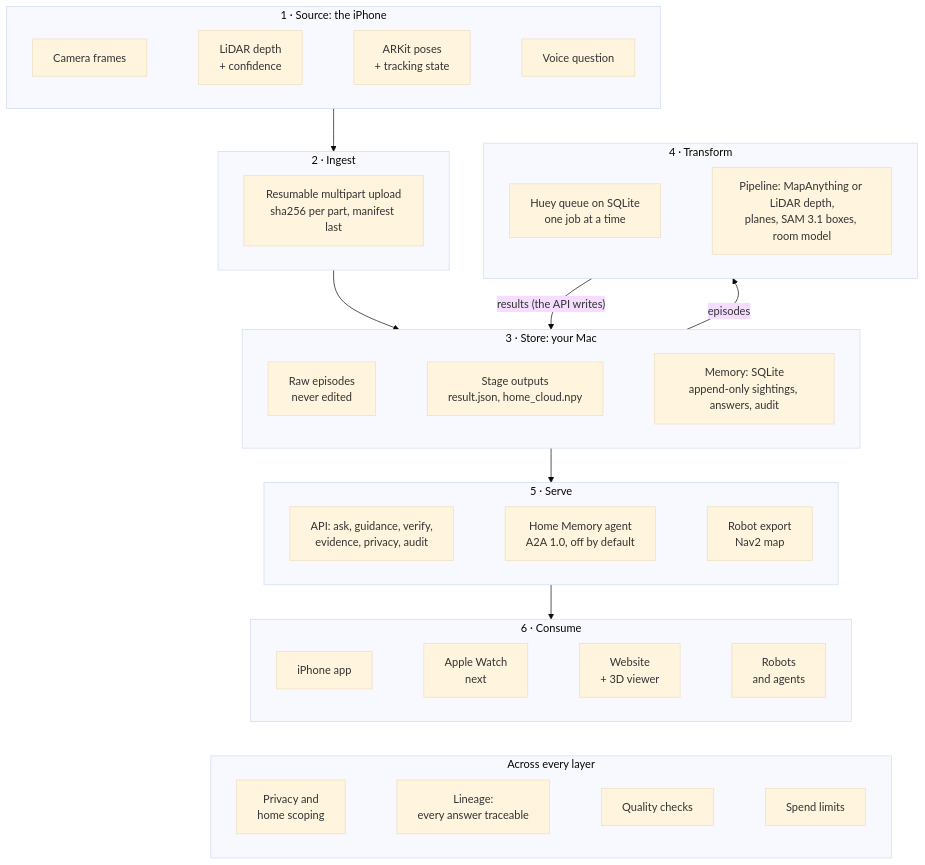
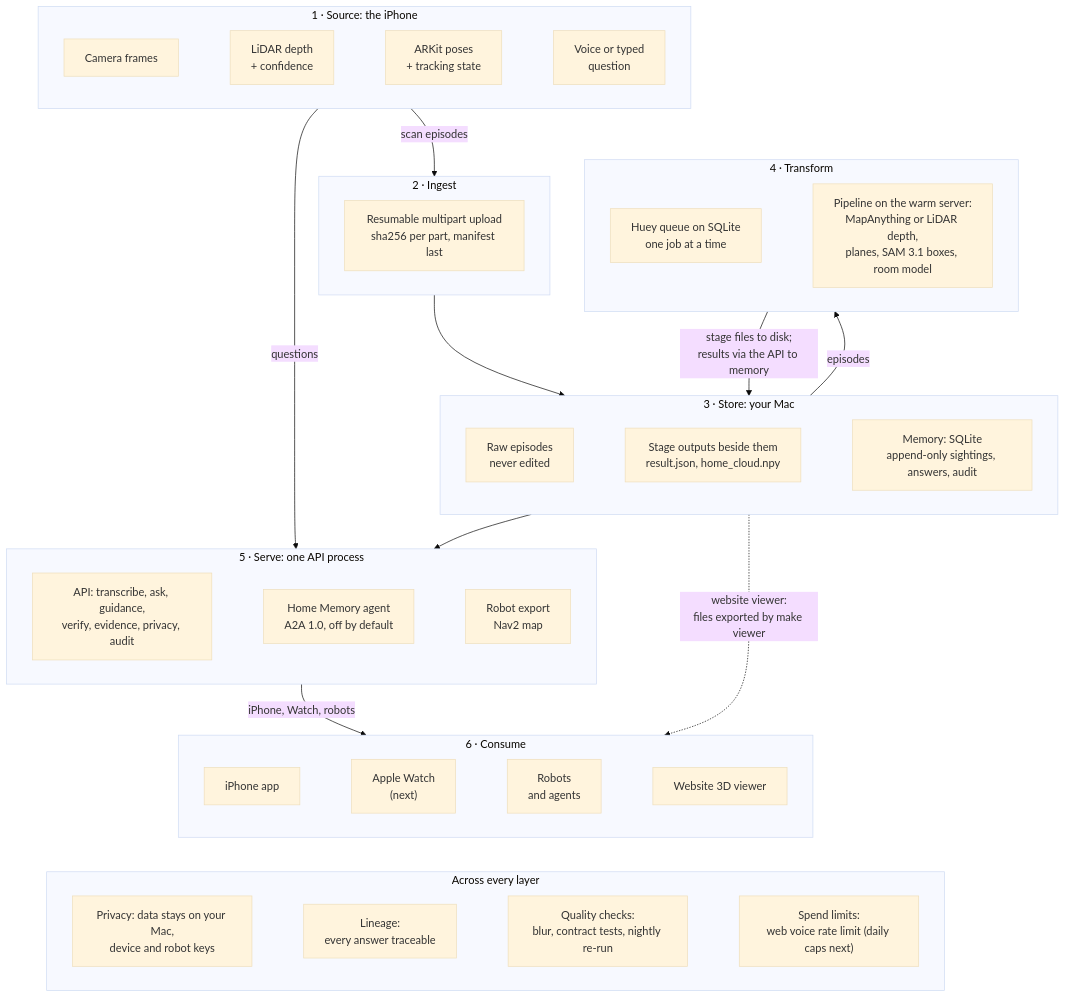
One commit to coder-RT/recall changed the diagram in docs/diagrams/six-layers.mmd. Above: the diagram before and after it, drawn with Mermaid (base theme). The commit also changed 8 other files, not shown here.

First line of the commit message:
docs: diagrams corrected against the code

```diff
--- a/docs/diagrams/six-layers.mmd
+++ b/docs/diagrams/six-layers.mmd
@@ -1,34 +1,37 @@
 flowchart TB
   subgraph Source["1 · Source: the iPhone"]
     direction LR
-    cam["Camera frames"] ~~~ lidar["LiDAR depth<br/>+ confidence"] ~~~ pose["ARKit poses<br/>+ tracking state"] ~~~ mic["Voice question"]
+    cam["Camera frames"] ~~~ lidar["LiDAR depth<br/>+ confidence"] ~~~ pose["ARKit poses<br/>+ tracking state"] ~~~ mic["Voice or typed<br/>question"]
   end
   subgraph Ingest["2 · Ingest"]
     direction LR
     up["Resumable multipart upload<br/>sha256 per part, manifest last"]
   end
   subgraph Store["3 · Store: your Mac"]
     direction LR
-    raw["Raw episodes<br/>never edited"] ~~~ stage["Stage outputs<br/>result.json, home_cloud.npy"] ~~~ mem["Memory: SQLite<br/>append-only sightings, answers, audit"]
+    raw["Raw episodes<br/>never edited"] ~~~ stage["Stage outputs beside them<br/>result.json, home_cloud.npy"] ~~~ mem["Memory: SQLite<br/>append-only sightings, answers, audit"]
   end
   subgraph Transform["4 · Transform"]
     direction LR
-    q["Huey queue on SQLite<br/>one job at a time"] ~~~ pipe["Pipeline: MapAnything or LiDAR depth,<br/>planes, SAM 3.1 boxes, room model"]
+    q["Huey queue on SQLite<br/>one job at a time"] ~~~ pipe["Pipeline on the warm server:<br/>MapAnything or LiDAR depth,<br/>planes, SAM 3.1 boxes, room model"]
   end
-  subgraph Serve["5 · Serve"]
+  subgraph Serve["5 · Serve: one API process"]
     direction LR
-    api["API: ask, guidance, verify,<br/>evidence, privacy, audit"] ~~~ a2a["Home Memory agent<br/>A2A 1.0, off by default"] ~~~ robot["Robot export<br/>Nav2 map"]
+    api["API: transcribe, ask, guidance,<br/>verify, evidence, privacy, audit"] ~~~ a2a["Home Memory agent<br/>A2A 1.0, off by default"] ~~~ robot["Robot export<br/>Nav2 map"]
   end
   subgraph Consume["6 · Consume"]
     direction LR
-    phone["iPhone app"] ~~~ watch["Apple Watch<br/>next"] ~~~ web["Website<br/>+ 3D viewer"] ~~~ bots["Robots<br/>and agents"]
+    phone["iPhone app"] ~~~ watch["Apple Watch<br/>(next)"] ~~~ bots["Robots<br/>and agents"] ~~~ web["Website 3D viewer"]
   end
   subgraph Across["Across every layer"]
     direction LR
-    priv["Privacy and<br/>home scoping"] ~~~ lin["Lineage:<br/>every answer traceable"] ~~~ qual["Quality checks"] ~~~ spend["Spend limits"]
+    priv["Privacy: data stays on your Mac,<br/>device and robot keys"] ~~~ lin["Lineage:<br/>every answer traceable"] ~~~ qual["Quality checks:<br/>blur, contract tests, nightly re-run"] ~~~ spend["Spend limits:<br/>web voice rate limit (daily caps next)"]
   end
-  Source --> Ingest --> Store
+  Source -- "scan episodes" --> Ingest --> Store
   Store -- "episodes" --> Transform
-  Transform -- "results (the API writes)" --> Store
-  Store --> Serve --> Consume
+  Transform -- "stage files to disk;<br/>results via the API to memory" --> Store
+  Source -- "questions" --> Serve
+  Store --> Serve
+  Serve -- "iPhone, Watch, robots" --> Consume
+  Store -. "website viewer:<br/>files exported by make viewer" .-> Consume
   Consume ~~~ Across
```
